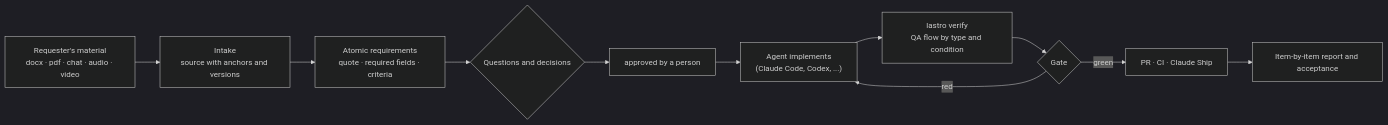
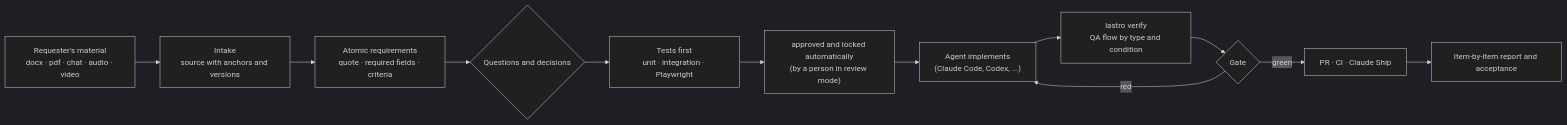
One commit to srnakyo/lastro changed the diagram in README.md. Above: the diagram before and after it, drawn with Mermaid (dark theme). The commit also changed other lines of this file and 101 other files, not shown here.

````diff
--- a/README.md
+++ b/README.md
@@ -32,13 +32,14 @@
 ```mermaid
 flowchart LR
   A["Requester's material<br/>docx · pdf · chat · audio · video"] --> B["Intake<br/>source with anchors and versions"]
   B --> C["Atomic requirements<br/>quote · required fields · criteria"]
   C --> D{"Questions and decisions"}
-  D --> E["approved by a person"]
+  D --> T["Tests first<br/>unit · integration · Playwright"]
+  T --> E["approved and locked automatically<br/>(by a person in review mode)"]
   E --> F["Agent implements<br/>(Claude Code, Codex, ...)"]
   F --> G["lastro verify<br/>QA flow by type and condition"]
   G --> H{"Gate"}
   H -- red --> F
   H -- green --> I["PR · CI · Claude Ship"]
   I --> J["Item-by-item report and acceptance"]
 ```
````
